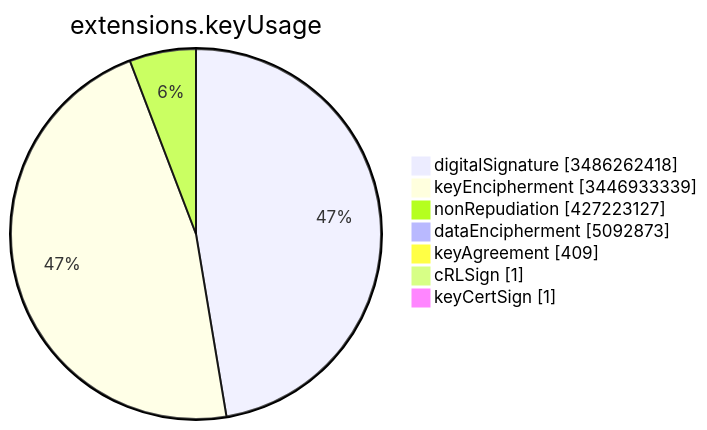
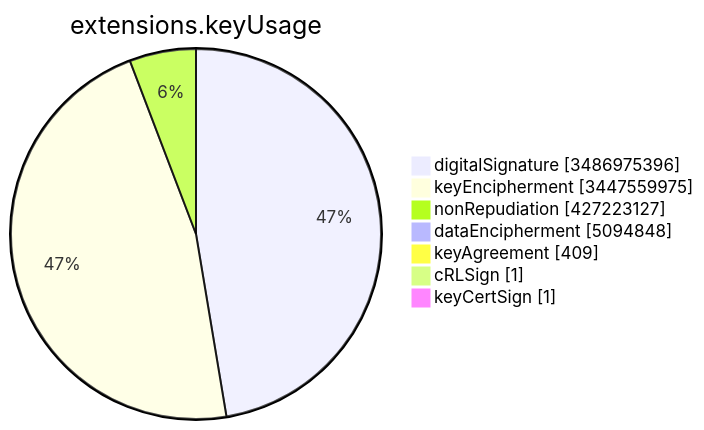
One commit to christiankrug/ctmonitor_visualization changed the sixth of 15 diagrams in TOTAL/README.md. Above: the diagram before and after it, drawn with Mermaid. The commit also changed other lines of this file, not shown here.

````diff
--- a/TOTAL/README.md
+++ b/TOTAL/README.md
@@ -3083,11 +3083,11 @@
 ```mermaid
 pie showData
 title extensions.keyUsage
-"digitalSignature" :3486262418
-"keyEncipherment" :3446933339
+"digitalSignature" :3486975396
+"keyEncipherment" :3447559975
 "nonRepudiation" :427223127
-"dataEncipherment" :5092873
+"dataEncipherment" :5094848
 "keyAgreement" :409
 "cRLSign" :1
 "keyCertSign" :1
 ```
````
